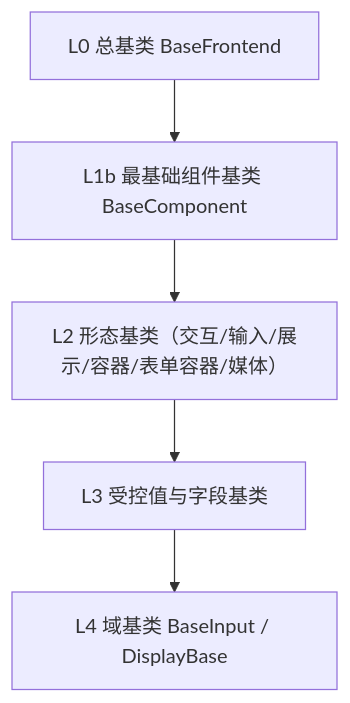
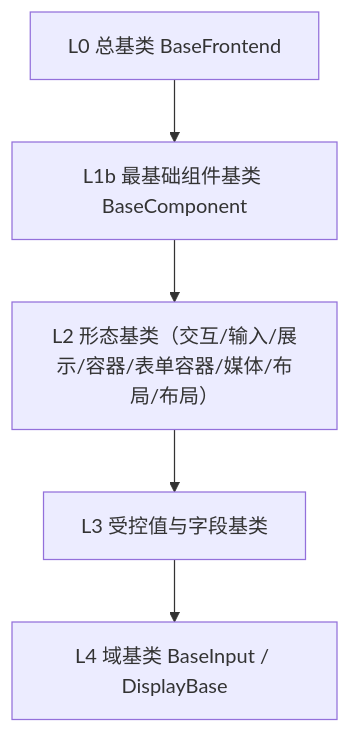
One commit to minjian123/basic-management-system changed the diagram in bms文档/设计/组件设计/02_基础组件类/L1b_最基础组件基类/01_组件设计_最基础组件基类/01_组件设计_最基础组件基类.md. Above: the diagram before and after it, drawn with Mermaid. The commit also changed other lines of this file and 243 other files, not shown here.

````diff
--- a/bms文档/设计/组件设计/02_基础组件类/L1b_最基础组件基类/01_组件设计_最基础组件基类/01_组件设计_最基础组件基类.md
+++ b/bms文档/设计/组件设计/02_基础组件类/L1b_最基础组件基类/01_组件设计_最基础组件基类/01_组件设计_最基础组件基类.md
@@ -15,7 +15,7 @@
 ```mermaid
 flowchart TD
     L0["L0 总基类 BaseFrontend"] --> L1B["L1b 最基础组件基类 BaseComponent"]
-    L1B --> L2["L2 形态基类（交互/输入/展示/容器/表单容器/媒体）"]
+    L1B --> L2["L2 形态基类（交互/输入/展示/容器/表单容器/媒体/布局/布局）"]
     L2 --> L3["L3 受控值与字段基类"]
     L3 --> L4["L4 域基类 BaseInput / DisplayBase"]
 ```
````
